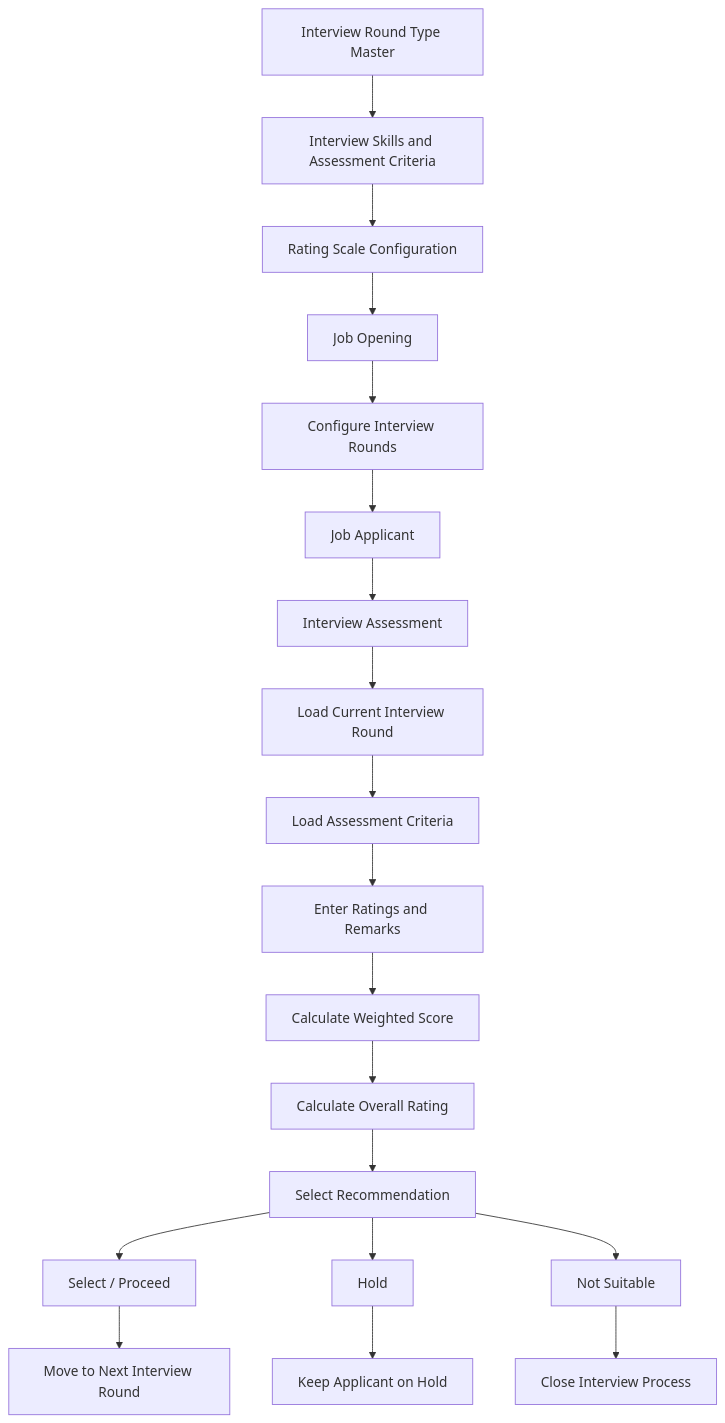
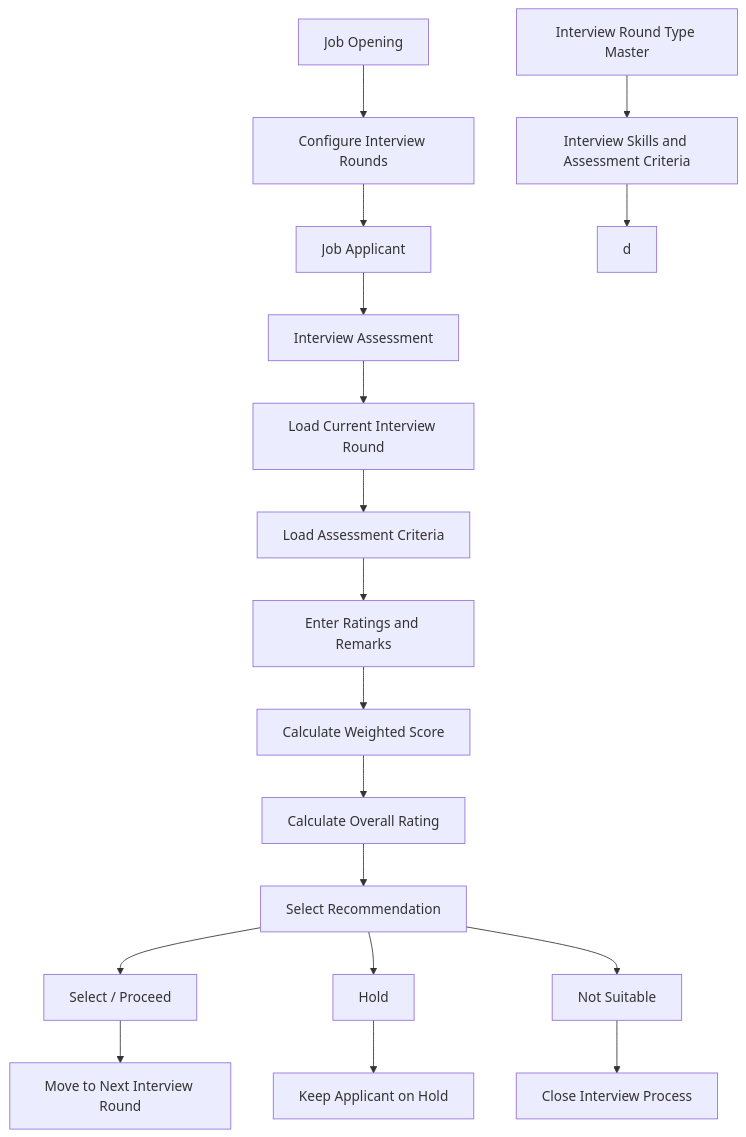
Before and after one commit to shravan-kolekar/qauntbit_interview_assisment: the diagram in README.md, drawn with Mermaid.

````diff
--- a/README.md
+++ b/README.md
@@ -183,46 +183,44 @@
 ```mermaid
 flowchart TD
 
     A[Interview Round Type Master]
     B[Interview Skills and Assessment Criteria]
-    C[Rating Scale Configuration]
     D[Job Opening]
     E[Configure Interview Rounds]
     F[Job Applicant]
     G[Interview Assessment]
     H[Load Current Interview Round]
     I[Load Assessment Criteria]
     J[Enter Ratings and Remarks]
     K[Calculate Weighted Score]
     L[Calculate Overall Rating]
     M[Select Recommendation]
 
     N[Select / Proceed]
     O[Hold]
     P[Not Suitable]
 
     Q[Move to Next Interview Round]
     R[Keep Applicant on Hold]
     S[Close Interview Process]
 
     A --> B
-    B --> C
-    C --> D
+    B --> d
     D --> E
     E --> F
     F --> G
     G --> H
     H --> I
     I --> J
     J --> K
     K --> L
     L --> M
 
     M --> N
     M --> O
     M --> P
 
     N --> Q
     O --> R
     P --> S
 ```
````
